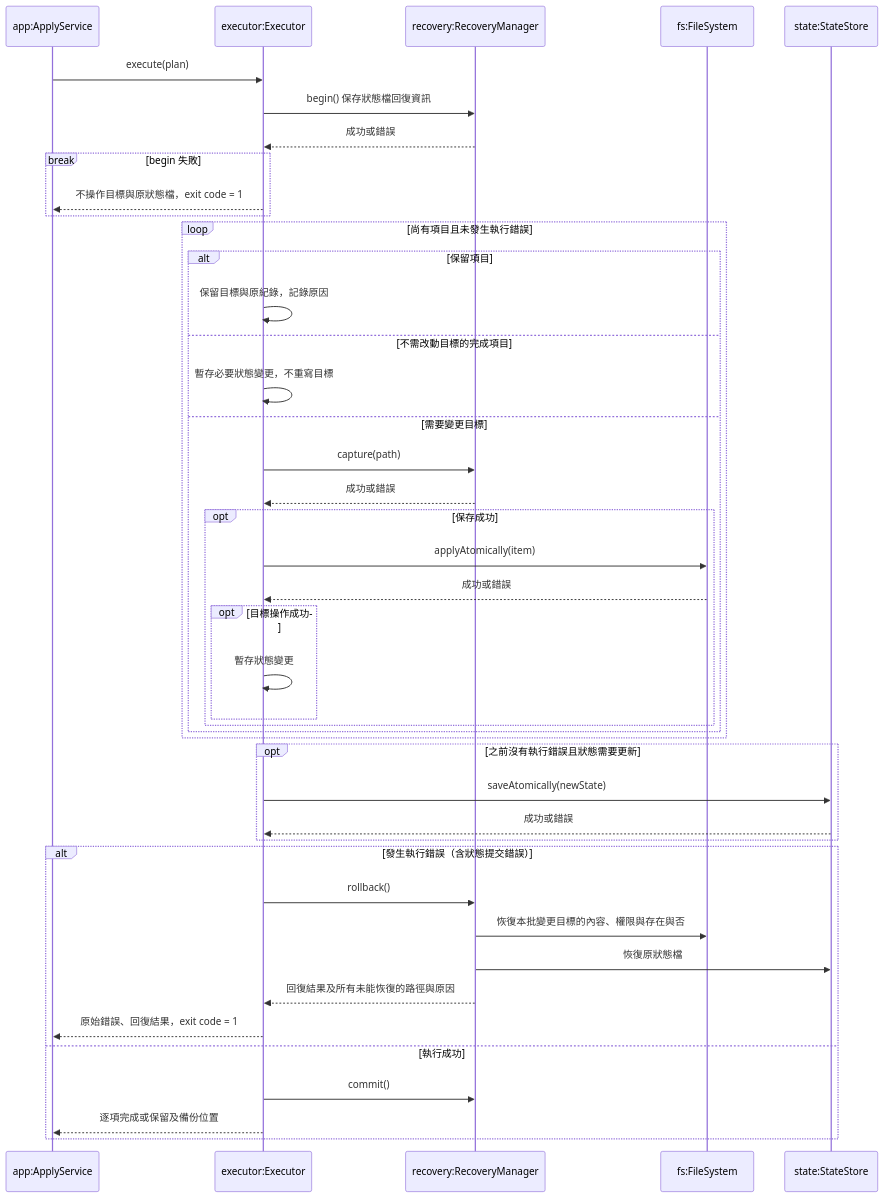
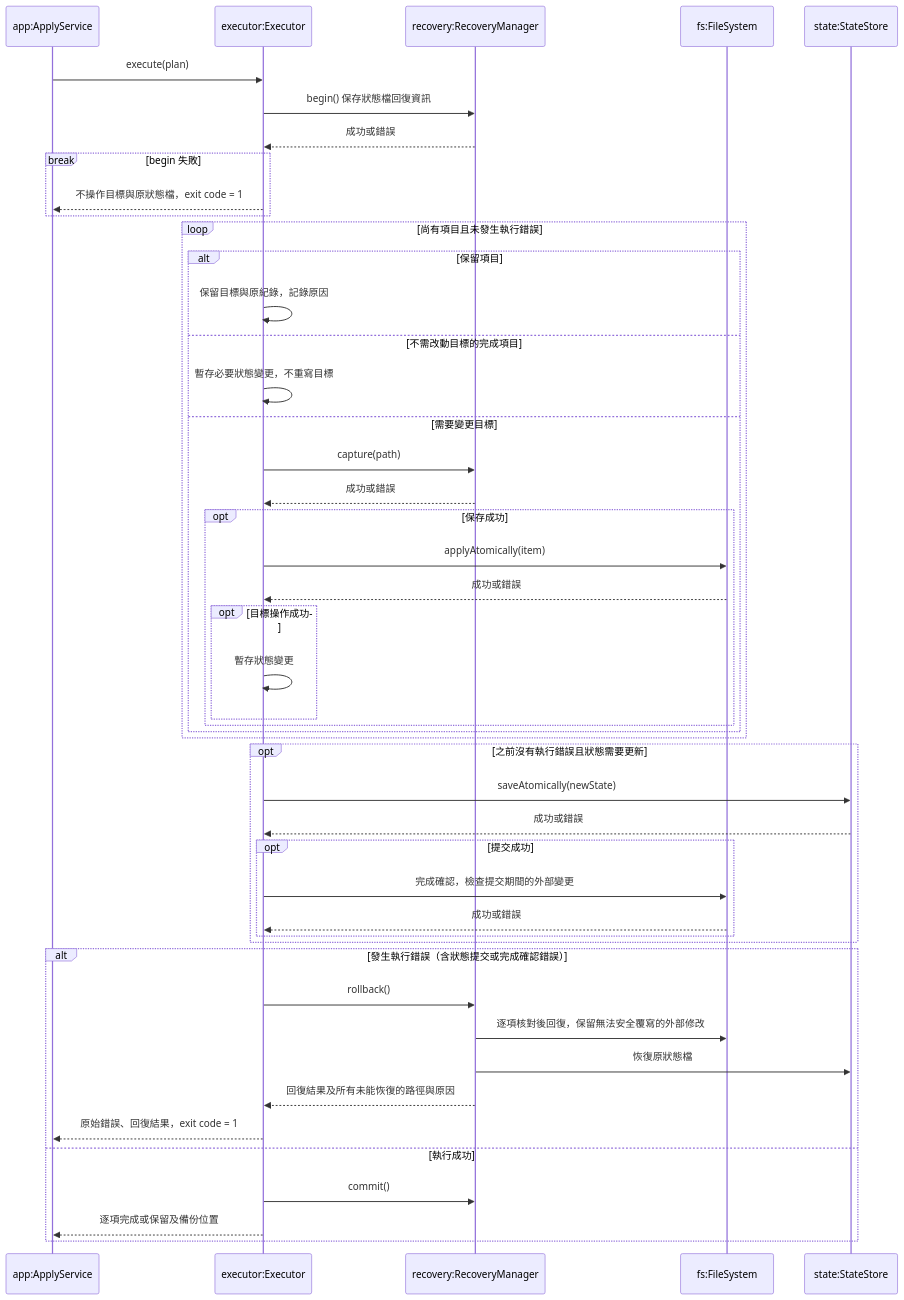
The ninth of 10 diagrams in docs/03-preliminary-design/uml.md (accidental-two-timer-sam-woof/rosamta-waterfall), drawn with Mermaid before and after one commit. The commit also changed other lines of this file, not shown here.

Commit message:
docs(design): align preliminary UML with SRS 1.5

````diff
--- a/docs/03-preliminary-design/uml.md
+++ b/docs/03-preliminary-design/uml.md
@@ -544,45 +567,49 @@
 ```mermaid
 sequenceDiagram
     participant A as app:ApplyService
     participant E as executor:Executor
     participant R as recovery:RecoveryManager
     participant F as fs:FileSystem
     participant S as state:StateStore
     A->>E: execute(plan)
     E->>R: begin() 保存狀態檔回復資訊
     R-->>E: 成功或錯誤
     break begin 失敗
         E-->>A: 不操作目標與原狀態檔，exit code = 1
     end
     loop 尚有項目且未發生執行錯誤
         alt 保留項目
             E->>E: 保留目標與原紀錄，記錄原因
         else 不需改動目標的完成項目
             E->>E: 暫存必要狀態變更，不重寫目標
         else 需要變更目標
             E->>R: capture(path)
             R-->>E: 成功或錯誤
             opt 保存成功
                 E->>F: applyAtomically(item)
                 F-->>E: 成功或錯誤
                 opt 目標操作成功
                     E->>E: 暫存狀態變更
                 end
             end
         end
     end
     opt 之前沒有執行錯誤且狀態需要更新
         E->>S: saveAtomically(newState)
         S-->>E: 成功或錯誤
+        opt 提交成功
+            E->>F: 完成確認，檢查提交期間的外部變更
+            F-->>E: 成功或錯誤
+        end
     end
-    alt 發生執行錯誤（含狀態提交錯誤）
+    alt 發生執行錯誤（含狀態提交或完成確認錯誤）
         E->>R: rollback()
-        R->>F: 恢復本批變更目標的內容、權限與存在與否
+        R->>F: 逐項核對後回復，保留無法安全覆寫的外部修改
         R->>S: 恢復原狀態檔
         R-->>E: 回復結果及所有未能恢復的路徑與原因
         E-->>A: 原始錯誤、回復結果，exit code = 1
     else 執行成功
         E->>R: commit()
         E-->>A: 逐項完成或保留及備份位置
     end
 ```
````
